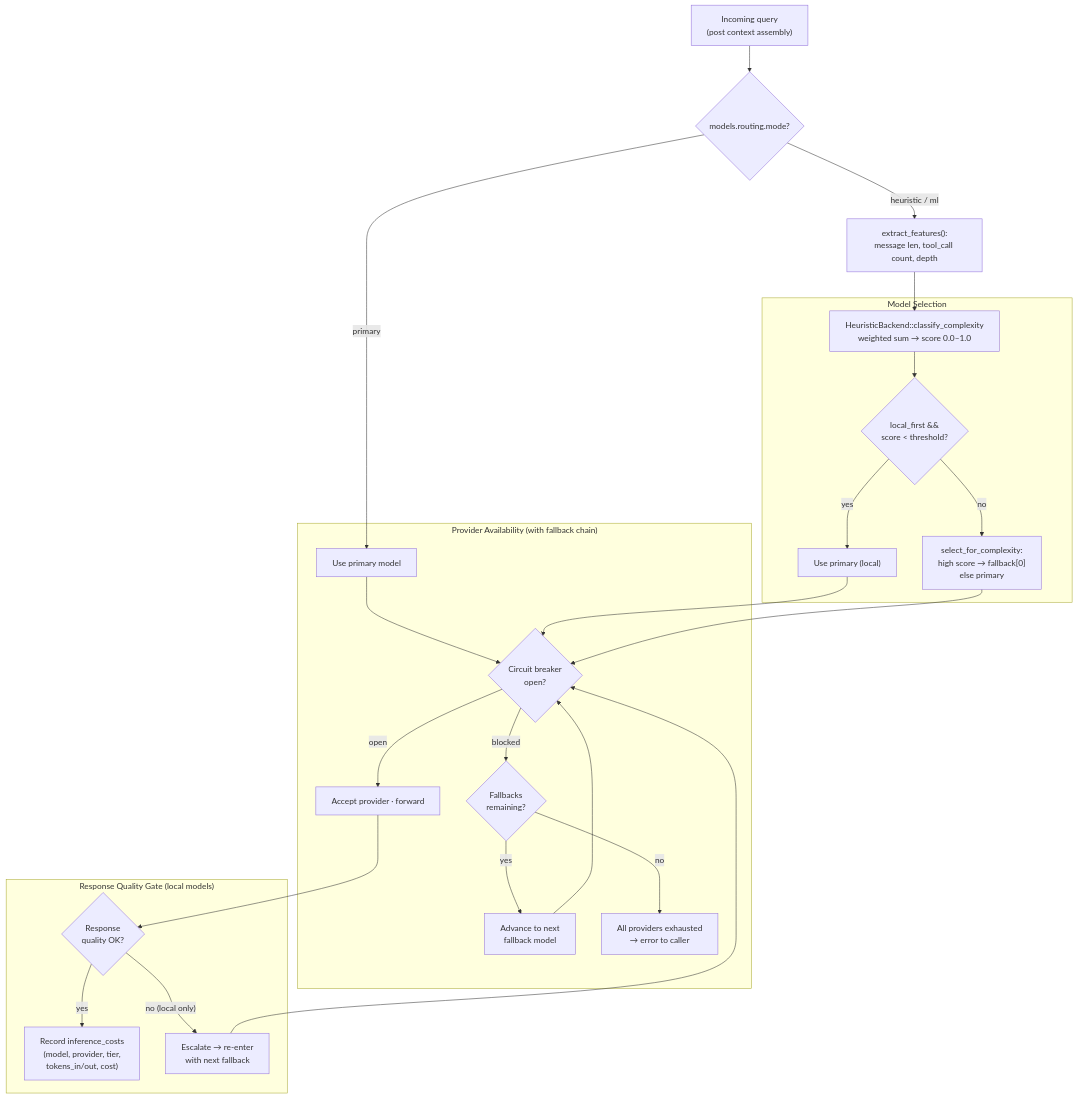
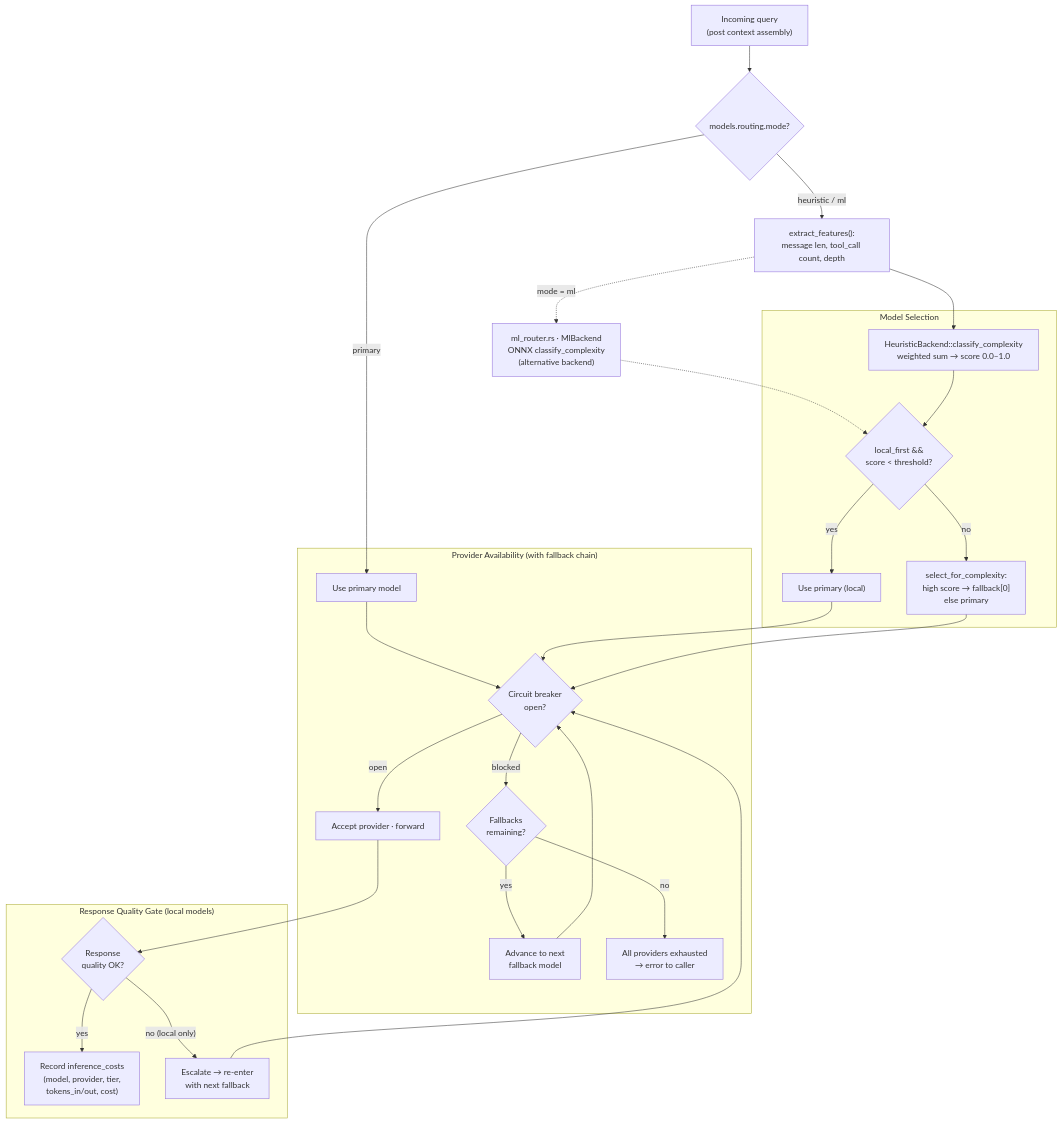
One commit to robot-accomplice/ironclad changed the third of 19 diagrams in docs/architecture/ironclad-dataflow.md. Above: the diagram before and after it, drawn with Mermaid. The commit also changed other lines of this file and 62 other files, not shown here.

````diff
--- a/docs/architecture/ironclad-dataflow.md
+++ b/docs/architecture/ironclad-dataflow.md
@@ -135,34 +138,36 @@
 ```mermaid
 flowchart TD
     QUERY["Incoming query<br/>(post context assembly)"]
     QUERY --> MODE{"models.routing.mode?"}
 
     MODE -->|"primary"| DIRECT["Use primary model"]
 
     MODE -->|"heuristic / ml"| FEATURES["extract_features():<br/>message len, tool_call count, depth"]
     FEATURES --> HEURISTIC["HeuristicBackend::classify_complexity<br/>weighted sum → score 0.0–1.0"]
+    FEATURES -.->|"mode = ml"| ML_BACKEND["ml_router.rs · MlBackend<br/>ONNX classify_complexity<br/>(alternative backend)"]
+    ML_BACKEND -.-> LOCAL_FIRST
 
     subgraph ModelSelection["Model Selection"]
         HEURISTIC --> LOCAL_FIRST{"local_first &&<br/>score < threshold?"}
         LOCAL_FIRST -->|yes| T1_ROUTE["Use primary (local)"]
         LOCAL_FIRST -->|no| PRIMARY_ROUTE["select_for_complexity:<br/>high score → fallback[0]<br/>else primary"]
     end
 
     subgraph ProviderCheck["Provider Availability (with fallback chain)"]
         DIRECT & T1_ROUTE & PRIMARY_ROUTE --> BREAKER{"Circuit breaker<br/>open?"}
         BREAKER -->|open| ACCEPT["Accept provider · forward"]
         BREAKER -->|blocked| FALLBACK{"Fallbacks<br/>remaining?"}
         FALLBACK -->|yes| NEXT["Advance to next<br/>fallback model"]
         NEXT --> BREAKER
         FALLBACK -->|no| EXHAUST["All providers exhausted<br/>→ error to caller"]
     end
 
     subgraph QualityGate["Response Quality Gate (local models)"]
         ACCEPT --> QUALITY{"Response<br/>quality OK?"}
         QUALITY -->|yes| RECORD
         QUALITY -->|"no (local only)"| ESCALATE["Escalate → re-enter<br/>with next fallback"]
         ESCALATE --> BREAKER
     end
 
     RECORD["Record inference_costs<br/>(model, provider, tier,<br/>tokens_in/out, cost)"]
 ```
````
